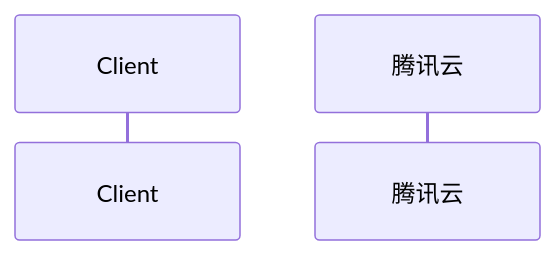
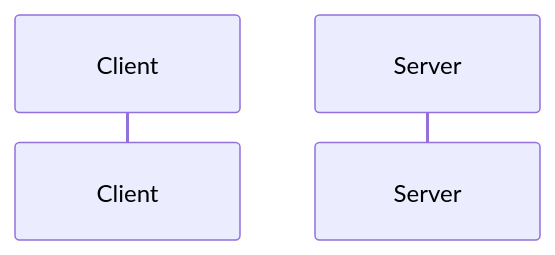
The diagram in all/未命名-5.md (HY-10-8/iodraw-files), drawn with Mermaid before and after one commit.

Commit message:
2026-04-24 10:24:41 update

````diff
--- a/all/未命名-5.md
+++ b/all/未命名-5.md
@@ -1,9 +1,10 @@
 ```mermaid
 sequenceDiagram
     autonumber
 
     participant 本地 as Client
-    participant Server as 腾讯云
+    participant 腾讯云 as Server
+
 
 
 ```
````
